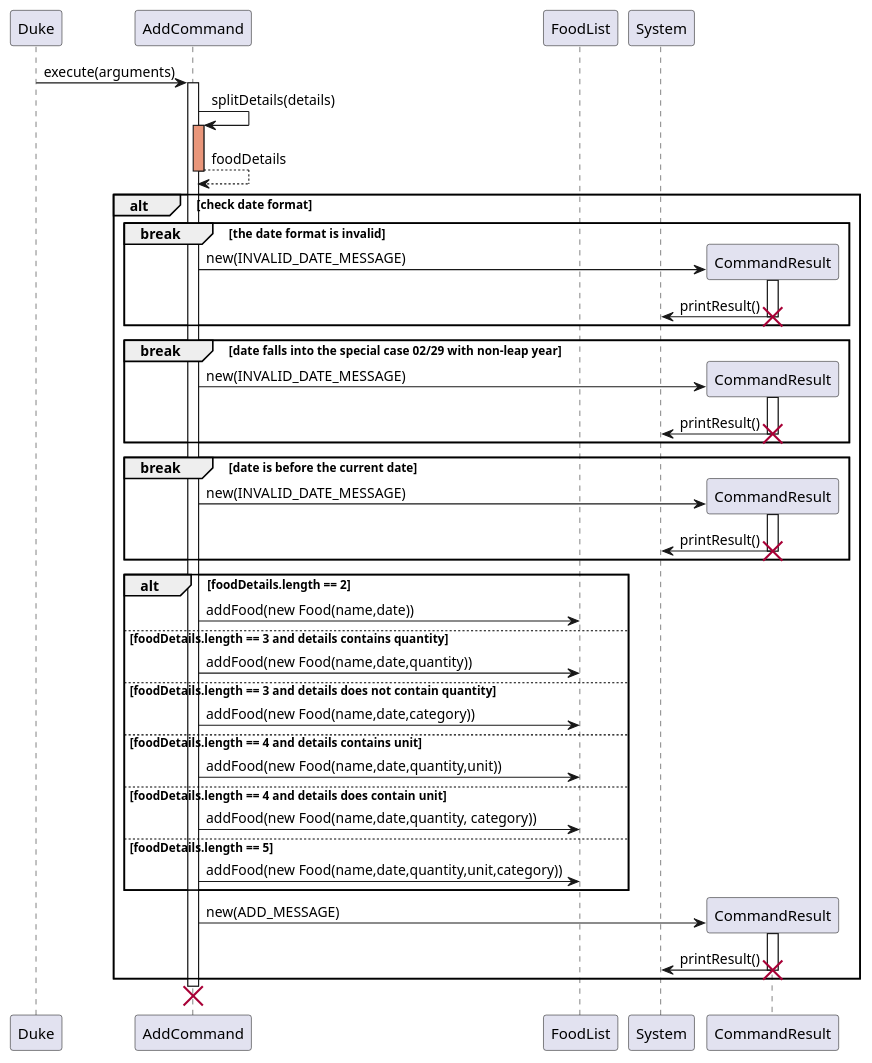
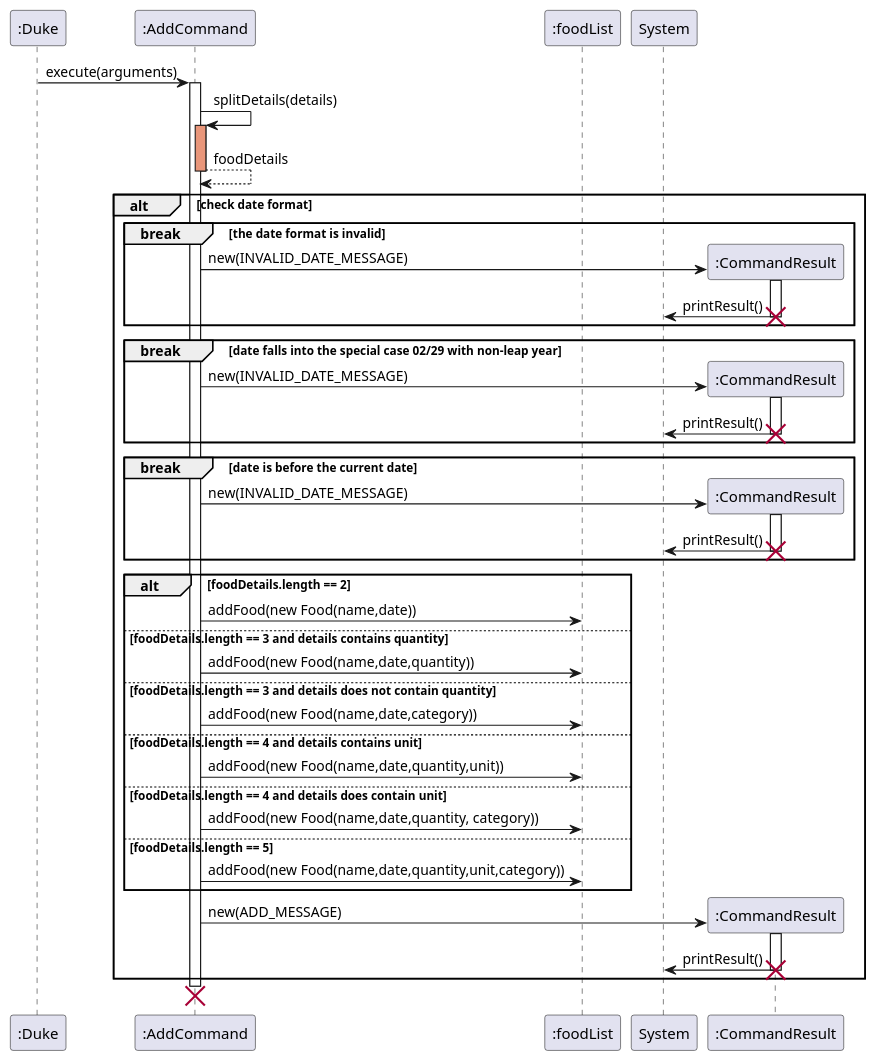
Before and after one commit to tsx0314/tp: the diagram in docs/puml/AddCommandSequenceDiagram.puml, drawn with PlantUML. The commit also changed 5 other files, not shown here.

```diff
--- a/docs/puml/AddCommandSequenceDiagram.puml
+++ b/docs/puml/AddCommandSequenceDiagram.puml
@@ -1,72 +1,72 @@
 @startuml
 'https://plantuml.com/sequence-diagram
 
-participant Duke
-participant AddCommand
-participant FoodList as foodList
+participant ":Duke"
+participant ":AddCommand"
+participant ":foodList"
 
-Duke -> AddCommand: execute(arguments)
-activate AddCommand
-AddCommand -> AddCommand: splitDetails(details)
-activate AddCommand #DarkSalmon
-AddCommand --> AddCommand: foodDetails
+":Duke" -> ":AddCommand": execute(arguments)
+activate ":AddCommand"
+":AddCommand" -> ":AddCommand": splitDetails(details)
+activate ":AddCommand" #DarkSalmon
+":AddCommand" --> ":AddCommand": foodDetails
 deactivate
 
 alt check date format
 break the date format is invalid
-create CommandResult
-AddCommand -> CommandResult: new(INVALID_DATE_MESSAGE)
-activate CommandResult
-CommandResult -> System: printResult()
+create ":CommandResult"
+":AddCommand" -> ":CommandResult": new(INVALID_DATE_MESSAGE)
+activate ":CommandResult"
+":CommandResult" -> System: printResult()
 deactivate
-destroy CommandResult
+destroy ":CommandResult"
 end
 
 break date falls into the special case 02/29 with non-leap year
-create CommandResult
-AddCommand -> CommandResult: new(INVALID_DATE_MESSAGE)
-activate CommandResult
-CommandResult -> System: printResult()
+create ":CommandResult"
+":AddCommand" -> ":CommandResult": new(INVALID_DATE_MESSAGE)
+activate ":CommandResult"
+":CommandResult" -> System: printResult()
 deactivate
-destroy CommandResult
+destroy ":CommandResult"
 
 end
 
-activate AddCommand
+activate ":AddCommand"
 break date is before the current date
-create CommandResult
-AddCommand -> CommandResult: new(INVALID_DATE_MESSAGE)
-activate CommandResult
-CommandResult -> System: printResult()
+create ":CommandResult"
+":AddCommand" -> ":CommandResult": new(INVALID_DATE_MESSAGE)
+activate ":CommandResult"
+":CommandResult" -> System: printResult()
 deactivate
-destroy CommandResult
+destroy ":CommandResult"
 end
 
-activate AddCommand
+activate ":AddCommand"
 alt foodDetails.length == 2
-foodList <- AddCommand: addFood(new Food(name,date))
+":foodList" <- ":AddCommand": addFood(new Food(name,date))
 
 else foodDetails.length == 3 and details contains quantity
-foodList <- AddCommand: addFood(new Food(name,date,quantity))
+":foodList" <- ":AddCommand": addFood(new Food(name,date,quantity))
 else foodDetails.length == 3 and details does not contain quantity
-foodList <- AddCommand: addFood(new Food(name,date,category))
+":foodList" <- ":AddCommand": addFood(new Food(name,date,category))
 else foodDetails.length == 4 and details contains unit
-foodList <- AddCommand: addFood(new Food(name,date,quantity,unit))
+":foodList" <- ":AddCommand": addFood(new Food(name,date,quantity,unit))
 else foodDetails.length == 4 and details does contain unit
-foodList <- AddCommand: addFood(new Food(name,date,quantity, category))
+":foodList" <- ":AddCommand": addFood(new Food(name,date,quantity, category))
 else foodDetails.length == 5
-foodList <- AddCommand: addFood(new Food(name,date,quantity,unit,category))
+":foodList" <- ":AddCommand": addFood(new Food(name,date,quantity,unit,category))
 end
-participant CommandResult
-create CommandResult
-AddCommand -> CommandResult: new(ADD_MESSAGE)
-activate CommandResult
-CommandResult -> System: printResult()
+participant ":CommandResult"
+create ":CommandResult"
+":AddCommand" -> ":CommandResult": new(ADD_MESSAGE)
+activate ":CommandResult"
+":CommandResult" -> System: printResult()
 deactivate
-destroy CommandResult
+destroy ":CommandResult"
 
 end
 
-destroy AddCommand
+destroy ":AddCommand"
 
 @enduml
```
